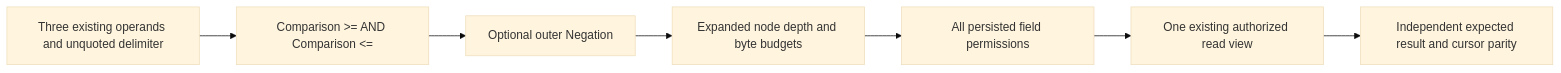
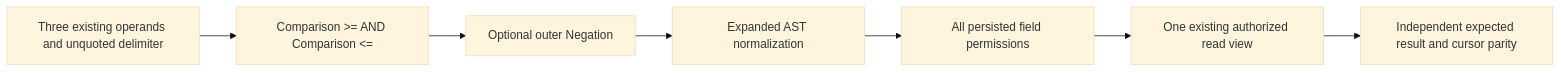
The diagram in docs/Features/QueryExecution/SqlBetween.md (managedcode/KeyLoad), drawn with Mermaid (base theme) before and after one commit. The commit also changed 673 other files, not shown here.

````diff
--- a/docs/Features/QueryExecution/SqlBetween.md
+++ b/docs/Features/QueryExecution/SqlBetween.md
@@ -15,9 +15,9 @@
 ```mermaid
 flowchart LR
     SQL[Three existing operands and unquoted delimiter] --> AST[Comparison >= AND Comparison <=]
     AST --> NOT[Optional outer Negation]
-    NOT --> Normalize[Expanded node depth and byte budgets]
+    NOT --> Normalize[Expanded AST normalization]
     Normalize --> Authority[All persisted field permissions]
     Authority --> View[One existing authorized read view]
     View --> Rows[Independent expected result and cursor parity]
 ```
````
